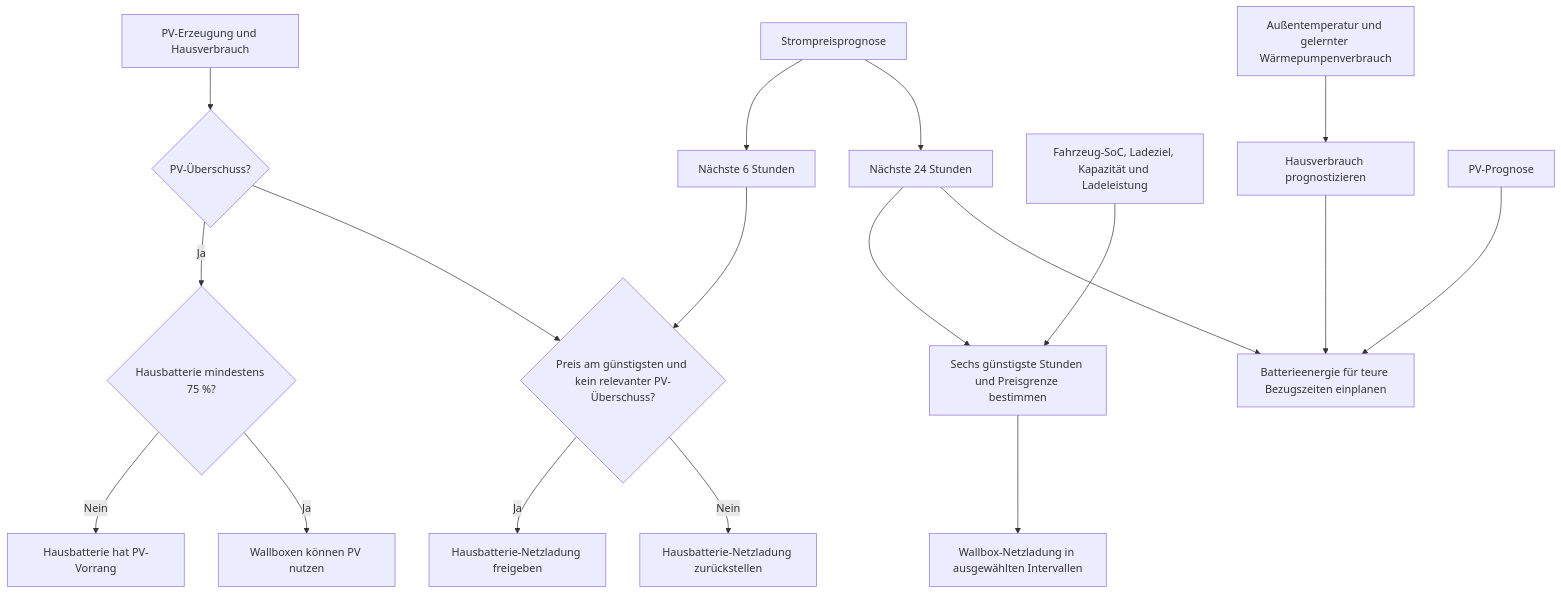
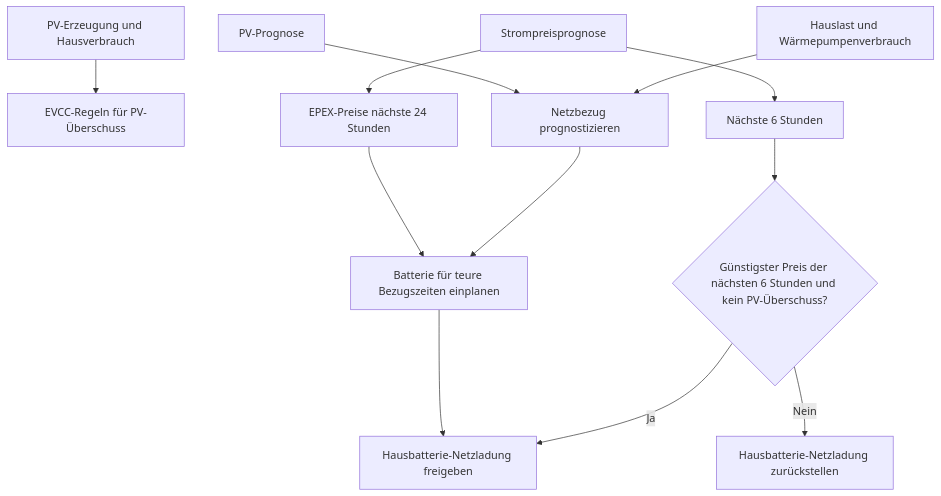
One commit to synb10se/docs changed the diagram in home-assistant/evcc/EVCC_PREISOPTIMIERUNG.md. Above: the diagram before and after it, drawn with Mermaid. The commit also changed other lines of this file and 1 other file, not shown here.

````diff
--- a/home-assistant/evcc/EVCC_PREISOPTIMIERUNG.md
+++ b/home-assistant/evcc/EVCC_PREISOPTIMIERUNG.md
@@ -17,22 +15,15 @@
 ```mermaid
 flowchart TD
-    PV["PV-Erzeugung und Hausverbrauch"] --> U{"PV-Überschuss?"}
-    U -->|Ja| S{"Hausbatterie mindestens 75 %?"}
-    S -->|Nein| B["Hausbatterie hat PV-Vorrang"]
-    S -->|Ja| W["Wallboxen können PV nutzen"]
+    PV["PV-Erzeugung und Hausverbrauch"] --> W["EVCC-Regeln für PV-Überschuss"]
 
     P["Strompreisprognose"] --> P6["Nächste 6 Stunden"]
-    P6 --> G{"Preis am günstigsten und kein relevanter PV-Überschuss?"}
-    U --> G
+    P6 --> G{"Günstigster Preis der nächsten 6 Stunden und kein PV-Überschuss?"}
     G -->|Ja| N["Hausbatterie-Netzladung freigeben"]
     G -->|Nein| X["Hausbatterie-Netzladung zurückstellen"]
-    P --> P24["Nächste 24 Stunden"]
-    P24 --> F["Sechs günstigste Stunden und Preisgrenze bestimmen"]
-    D["Fahrzeug-SoC, Ladeziel, Kapazität und Ladeleistung"] --> F
-    F --> L["Wallbox-Netzladung in ausgewählten Intervallen"]
-
-    T["Außentemperatur und gelernter Wärmepumpenverbrauch"] --> V["Hausverbrauch prognostizieren"]
-    V --> E["Batterieenergie für teure Bezugszeiten einplanen"]
+    P --> P24["EPEX-Preise nächste 24 Stunden"]
+    T["Hauslast und Wärmepumpenverbrauch"] --> V["Netzbezug prognostizieren"]
+    PVF["PV-Prognose"] --> V
+    V --> E["Batterie für teure Bezugszeiten einplanen"]
     P24 --> E
-    PVF["PV-Prognose"] --> E
+    E --> N
 ```
````
